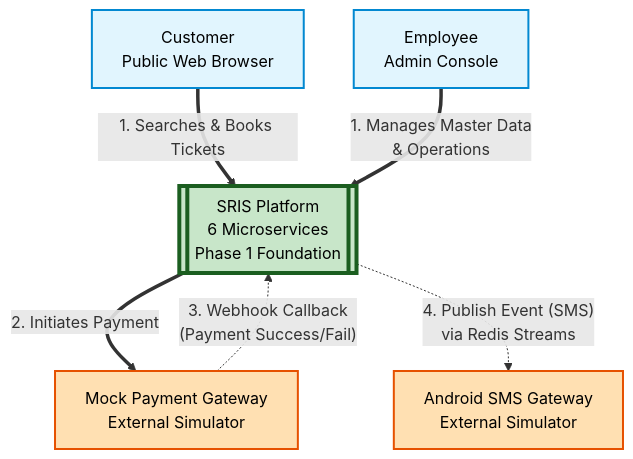
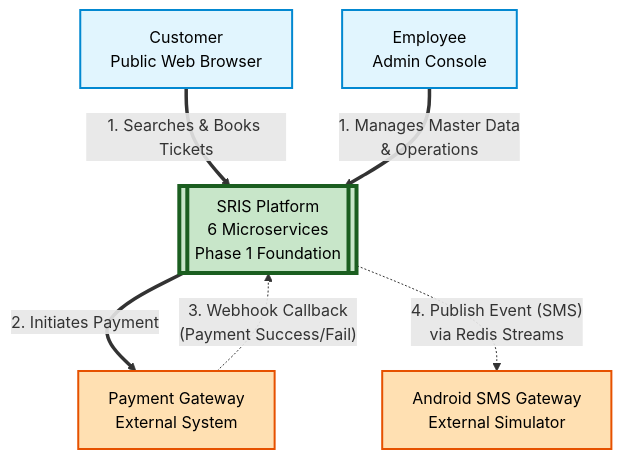
One commit to koushaljhacs/sris changed the first of 7 diagrams in docs/phase-1-foundation/wave-2-architecture/SRIS-P1-ARCH-003_SystemArchitectureDocument.md. Above: the diagram before and after it, drawn with Mermaid. The commit also changed other lines of this file, not shown here.

First line of the commit message:
ARCH-003 v1.1: rename S5 to Payment Gateway; declare S4 and S5 stateless

````diff
--- a/docs/phase-1-foundation/wave-2-architecture/SRIS-P1-ARCH-003_SystemArchitectureDocument.md
+++ b/docs/phase-1-foundation/wave-2-architecture/SRIS-P1-ARCH-003_SystemArchitectureDocument.md
@@ -170,25 +170,25 @@
 ```mermaid
 flowchart TD
     %% Styling for high visibility on light and dark screens
     classDef person fill:#E1F5FE,stroke:#0288D1,stroke-width:2px,color:#000;
     classDef system fill:#C8E6C9,stroke:#1B5E20,stroke-width:4px,color:#000;
     classDef external fill:#FFE0B2,stroke:#E65100,stroke-width:2px,color:#000;
 
     %% Nodes (Larger, descriptive)
     Customer["Customer<br/>Public Web Browser"]:::person
     Employee["Employee<br/>Admin Console"]:::person
     
     SRIS[["SRIS Platform<br/>6 Microservices<br/>Phase 1 Foundation"]]:::system
     
-    Payment["Mock Payment Gateway<br/>External Simulator"]:::external
+    Payment["Payment Gateway<br/>External System"]:::external
     SMS["Android SMS Gateway<br/>External Simulator"]:::external
 
     %% Relationships
     Customer ==>|"1. Searches & Books Tickets"| SRIS
     Employee ==>|"1. Manages Master Data<br/>& Operations"| SRIS
 
     SRIS ==>|"2. Initiates Payment"| Payment
     Payment -.->|"3. Webhook Callback<br/>(Payment Success/Fail)"| SRIS
 
     SRIS -.->|"4. Publish Event (SMS)<br/>via Redis Streams"| SMS
 ```
````
